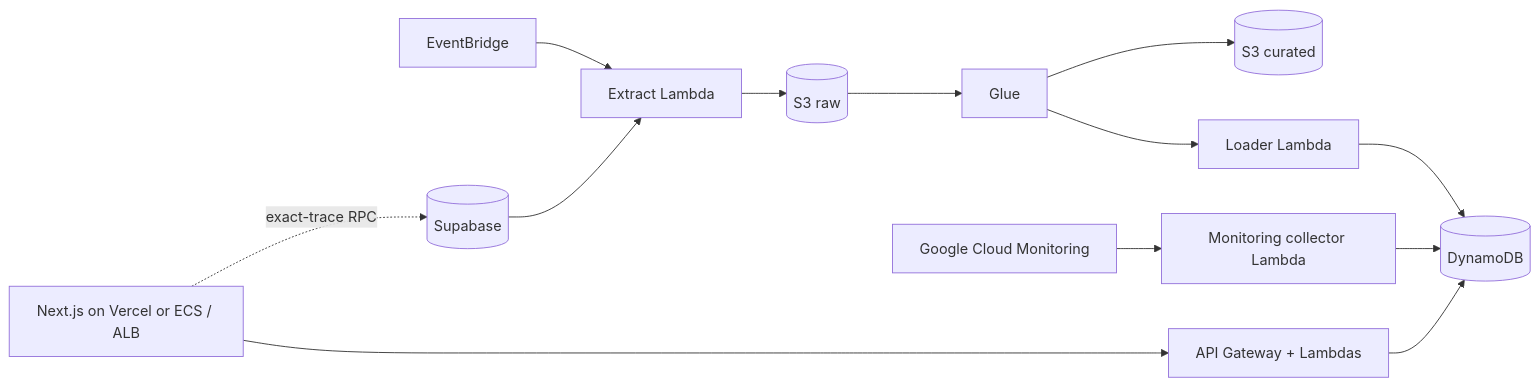
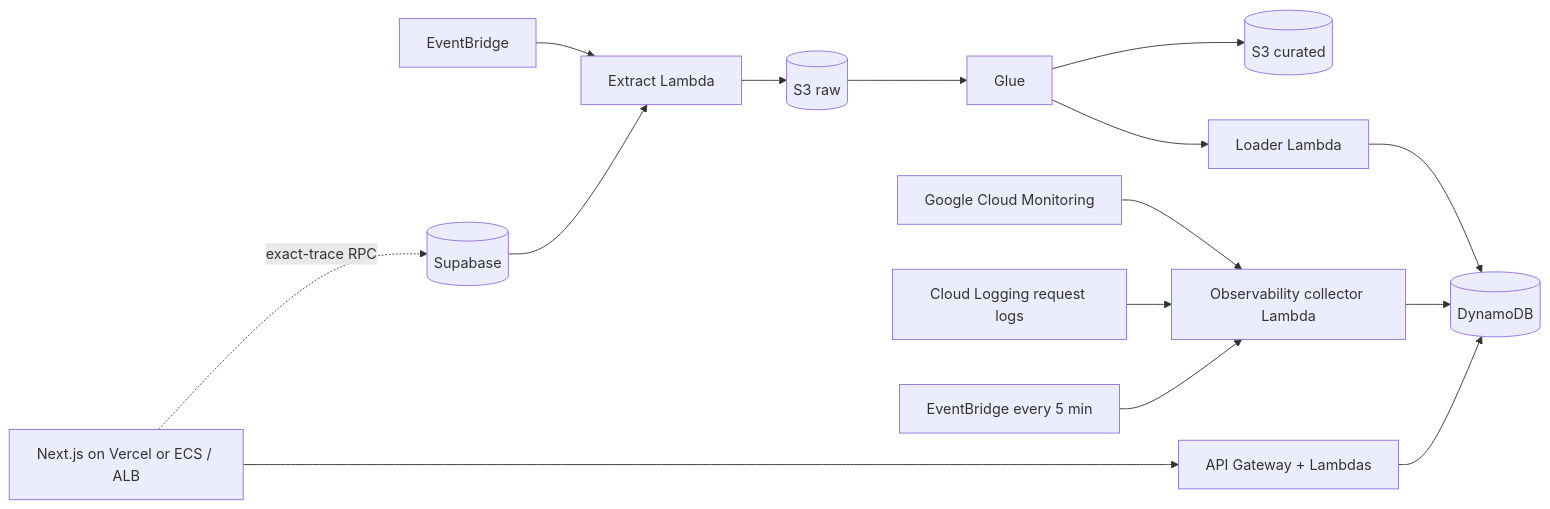
Before and after one commit to VoMinhKhoii/kallo-aws-analytics: the diagram in README.md, drawn with Mermaid. The commit also changed other lines of this file and 2 other files, not shown here.

Commit message:
docs: explain persisted route telemetry

````diff
--- a/README.md
+++ b/README.md
@@ -11,11 +11,13 @@
 ```mermaid
 flowchart LR
   EB[EventBridge] --> EX[Extract Lambda]
   SB[(Supabase)] --> EX
   EX --> S3R[(S3 raw)] --> GL[Glue] --> S3C[(S3 curated)]
   GL --> LD[Loader Lambda] --> DB[(DynamoDB)]
-  GCM[Google Cloud Monitoring] --> CM[Monitoring collector Lambda] --> DB
+  GCM[Google Cloud Monitoring] --> CM[Observability collector Lambda] --> DB
+  LOG[Cloud Logging request logs] --> CM
+  EBR[EventBridge every 5 min] --> CM
   UI[Next.js on Vercel or ECS / ALB] --> API[API Gateway + Lambdas]
   API --> DB
   UI -. exact-trace RPC .-> SB
 ```
````
